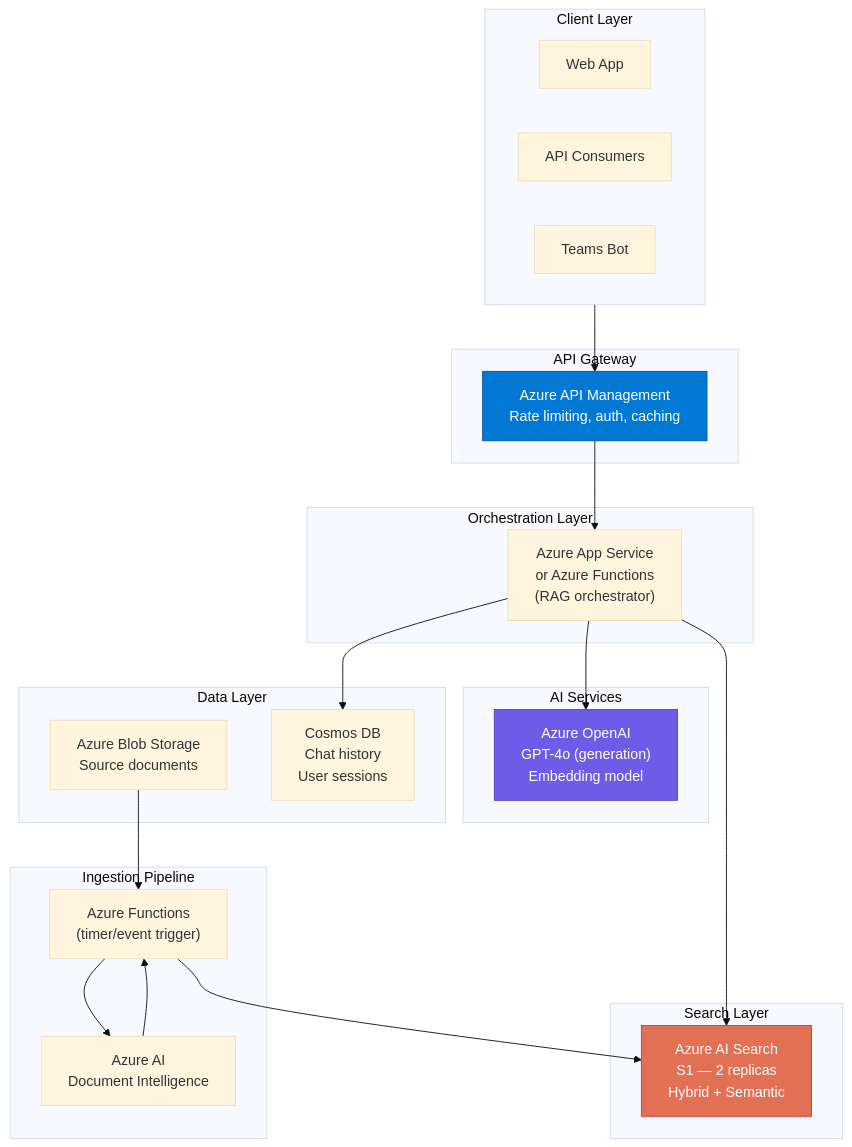
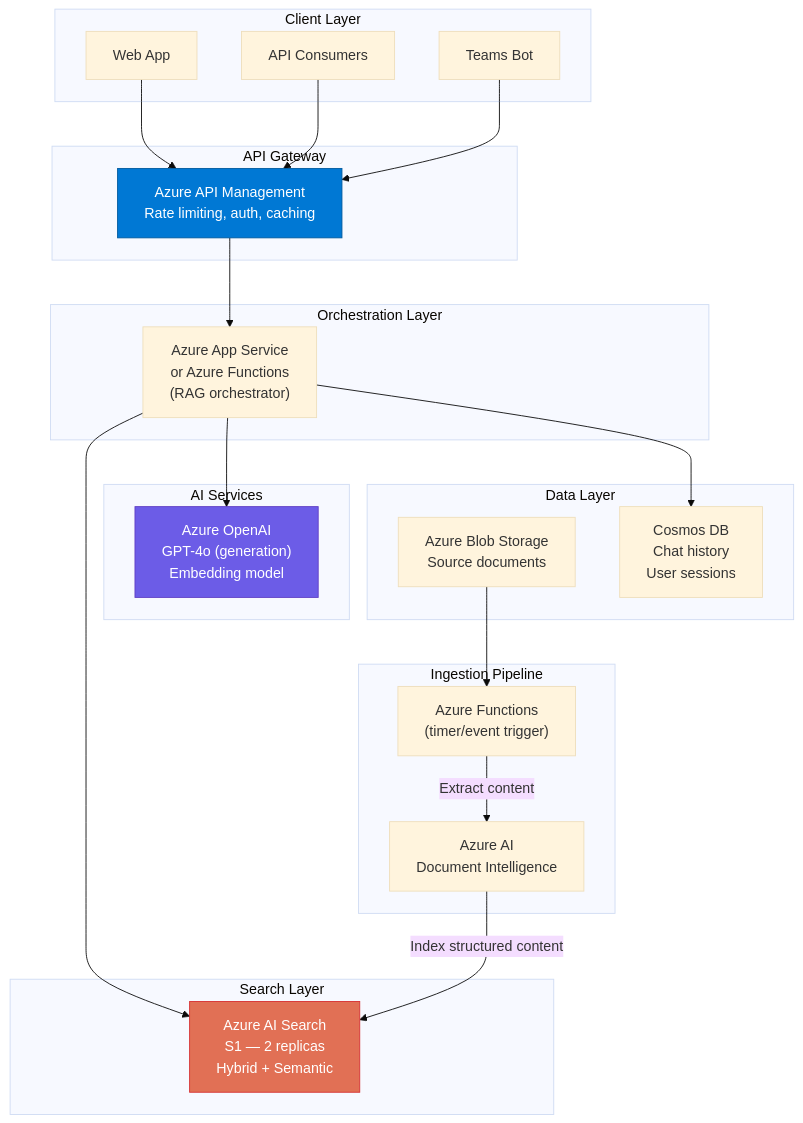
One commit to frootai/frootai changed the ninth of 9 diagrams in docs/RAG-Architecture.md. Above: the diagram before and after it, drawn with Mermaid (base theme). The commit also changed other lines of this file and 15 other files, not shown here.

Commit message:
docs: harden learning module diagrams

````diff
--- a/docs/RAG-Architecture.md
+++ b/docs/RAG-Architecture.md
@@ -1410,48 +1412,49 @@
 ```mermaid
 graph TB
     subgraph CLIENTS["Client Layer"]
         WEB["Web App"]
         API["API Consumers"]
         TEAMS["Teams Bot"]
     end
 
     subgraph GATEWAY["API Gateway"]
         APIM["Azure API Management<br/>Rate limiting, auth, caching"]
     end
 
     subgraph ORCHESTRATION["Orchestration Layer"]
         ORCH["Azure App Service<br/>or Azure Functions<br/>(RAG orchestrator)"]
     end
 
     subgraph AI["AI Services"]
         AOAI["Azure OpenAI<br/>GPT-4o (generation)<br/>Embedding model"]
     end
 
     subgraph SEARCH["Search Layer"]
         AIS["Azure AI Search<br/>S1 — 2 replicas<br/>Hybrid + Semantic"]
     end
 
     subgraph DATA["Data Layer"]
         BLOB["Azure Blob Storage<br/>Source documents"]
         COSMOS["Cosmos DB<br/>Chat history<br/>User sessions"]
     end
 
     subgraph INGESTION["Ingestion Pipeline"]
         FUNC["Azure Functions<br/>(timer/event trigger)"]
         DOC["Azure AI<br/>Document Intelligence"]
     end
 
-    CLIENTS --> APIM
+    WEB --> APIM
+    API --> APIM
+    TEAMS --> APIM
     APIM --> ORCH
     ORCH --> AOAI
     ORCH --> AIS
     ORCH --> COSMOS
     BLOB --> FUNC
-    FUNC --> DOC
-    DOC --> FUNC
-    FUNC --> AIS
+    FUNC -->|Extract content| DOC
+    DOC -->|Index structured content| AIS
 
     style APIM fill:#0078d4,stroke:#005a9e,color:#fff
     style AOAI fill:#6c5ce7,stroke:#5f3dc4,color:#fff
     style AIS fill:#e17055,stroke:#d63031,color:#fff
 ```
````
